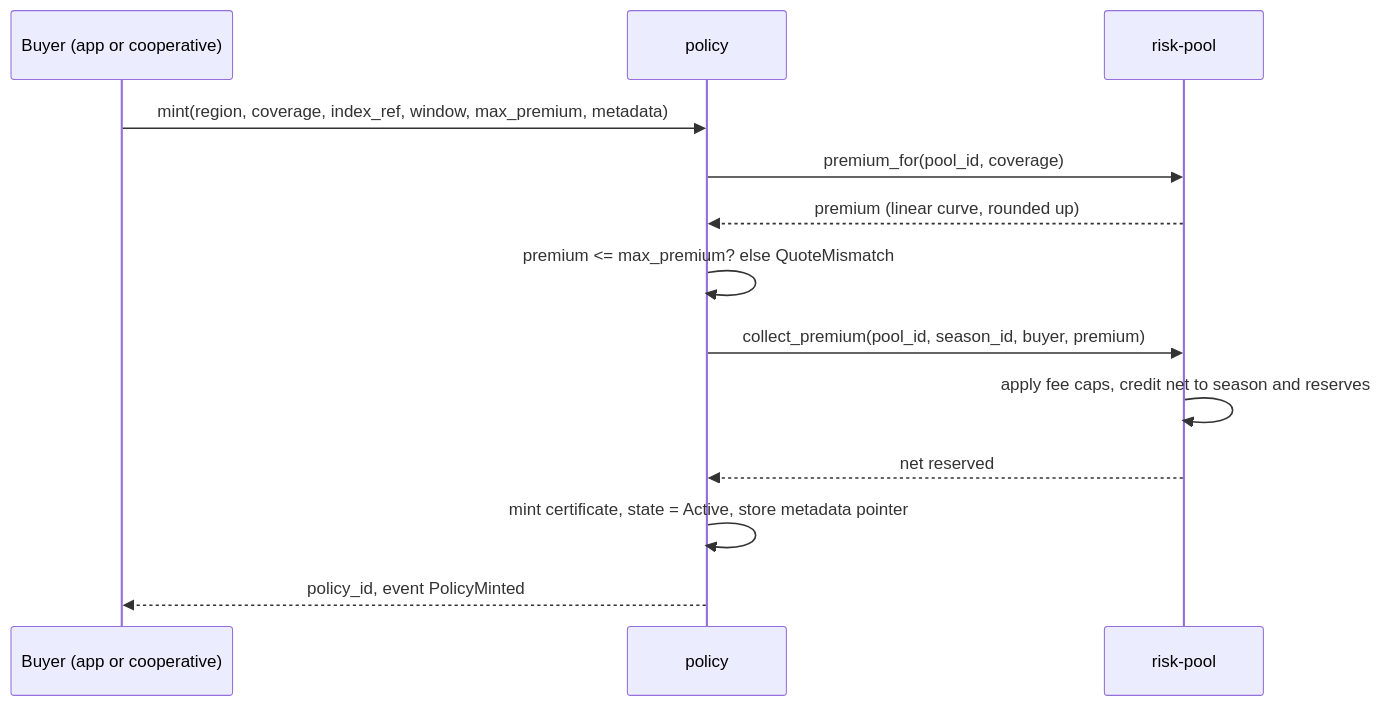
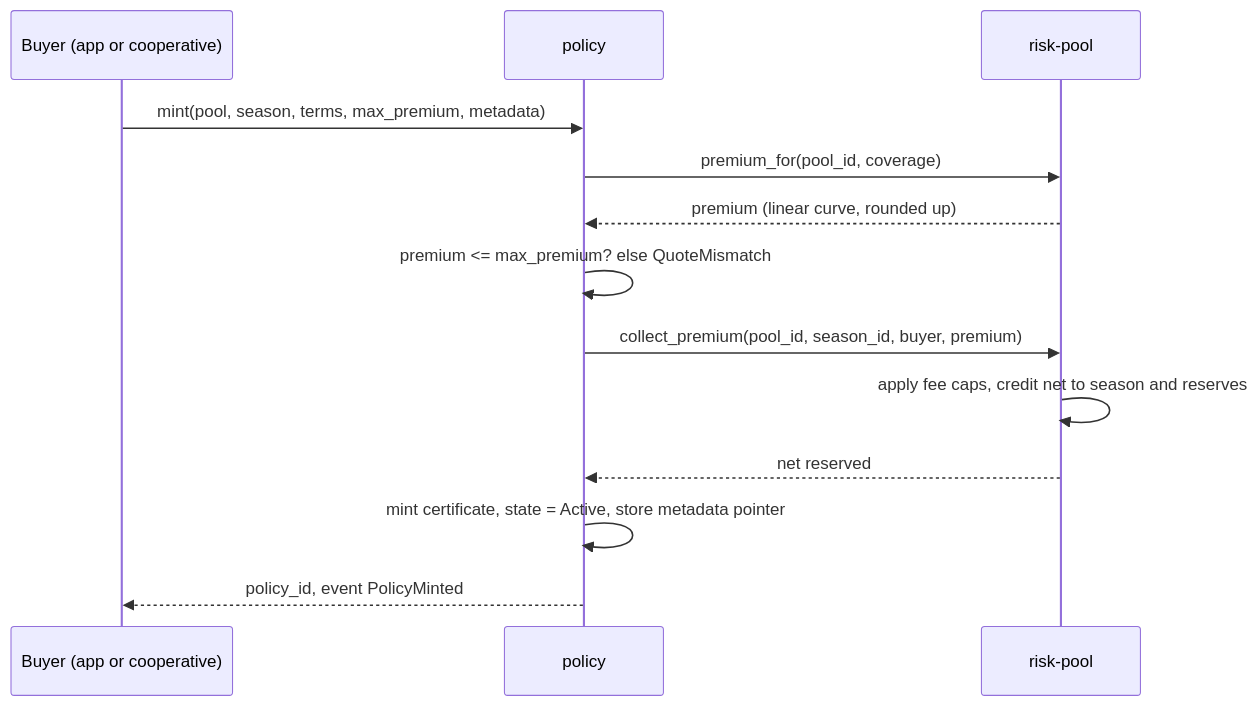
The second of 3 diagrams in docs/ARCHITECTURE.md (Mvua-Protocol/mvua-contract), drawn with Mermaid before and after one commit. The commit also changed 2 other files, not shown here.

Commit message:
fix(policy): group mint terms into a struct for the 10-arg limit

````diff
--- a/docs/ARCHITECTURE.md
+++ b/docs/ARCHITECTURE.md
@@ -80,15 +80,15 @@
 ```mermaid
 sequenceDiagram
   participant Buyer as Buyer (app or cooperative)
   participant POL as policy
   participant RP as risk-pool
-  Buyer->>POL: mint(region, coverage, index_ref, window, max_premium, metadata)
+  Buyer->>POL: mint(pool, season, terms, max_premium, metadata)
   POL->>RP: premium_for(pool_id, coverage)
   RP-->>POL: premium (linear curve, rounded up)
   POL->>POL: premium <= max_premium? else QuoteMismatch
   POL->>RP: collect_premium(pool_id, season_id, buyer, premium)
   RP->>RP: apply fee caps, credit net to season and reserves
   RP-->>POL: net reserved
   POL->>POL: mint certificate, state = Active, store metadata pointer
   POL-->>Buyer: policy_id, event PolicyMinted
 ```
````
